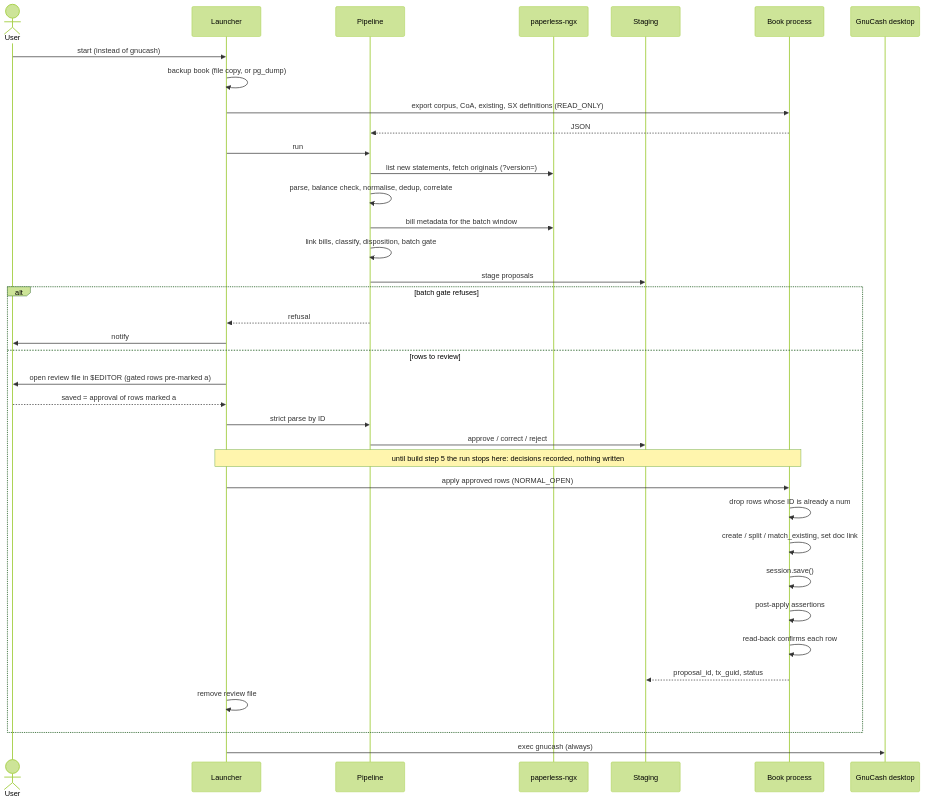
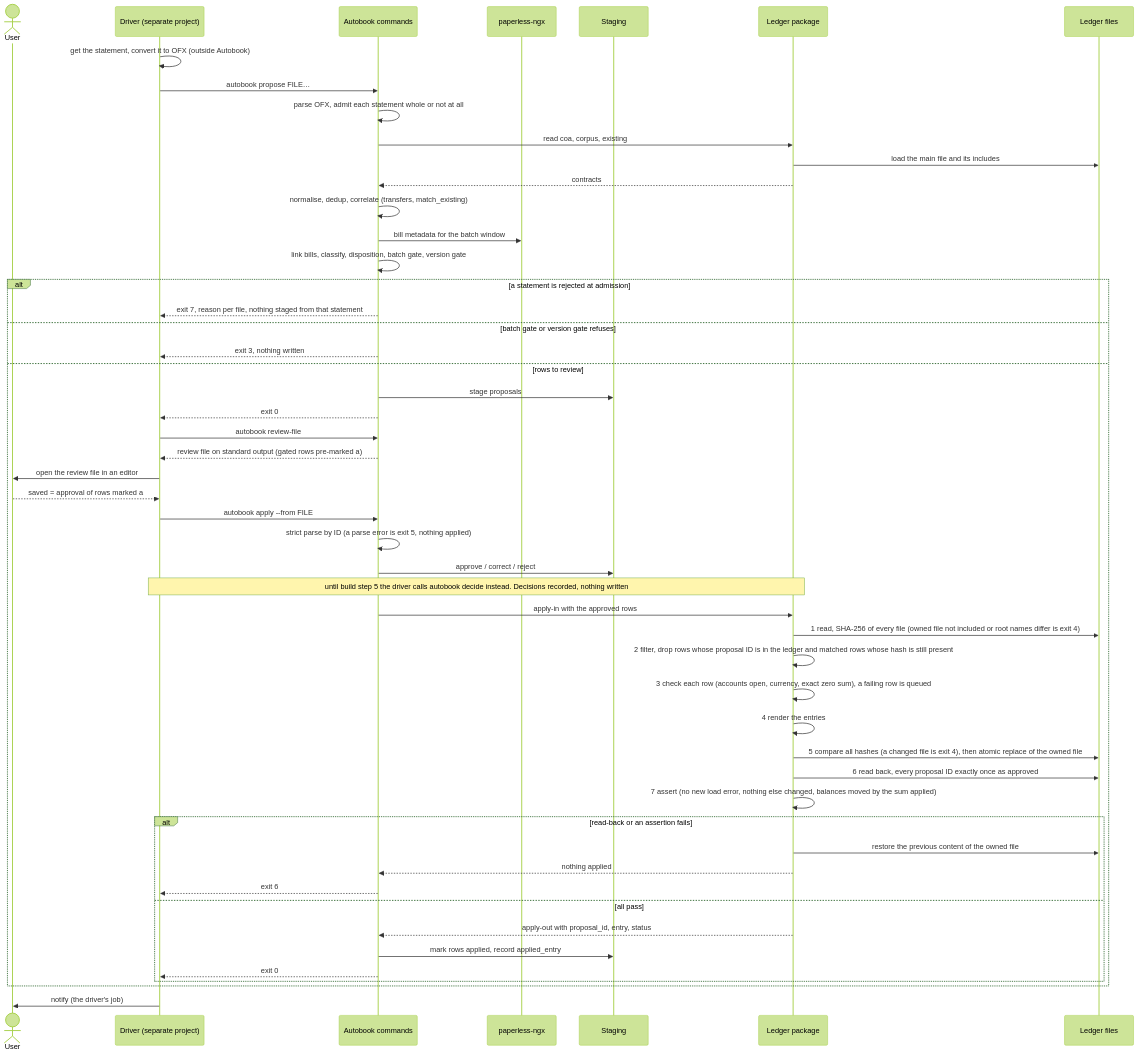
Before and after one commit to Ralphovi/autobook: the diagram in docs/design/architecture/diagrams/booking-run-sequence.mermaid, drawn with Mermaid (forest theme). The commit also changed 20 other files, not shown here.

First line of the commit message:
docs: describe the Beancount design in AGENTS.md, README and the architecture

```diff
--- a/docs/design/architecture/diagrams/booking-run-sequence.mermaid
+++ b/docs/design/architecture/diagrams/booking-run-sequence.mermaid
@@ -1,40 +1,54 @@
-%% Runtime — one interactive booking run (section 6.1)
+%% Runtime — one booking run (section 6.1)
 %% Diagrams as code. Render with any Mermaid renderer.
 sequenceDiagram
     actor U as User
-    participant L as Launcher
-    participant P as Pipeline
+    participant D as Driver (separate project)
+    participant A as Autobook commands
     participant PL as paperless-ngx
     participant S as Staging
-    participant B as Book process
-    participant G as GnuCash desktop
+    participant L as Ledger package
+    participant F as Ledger files
 
-    U->>L: start (instead of gnucash)
-    L->>L: backup book (file copy, or pg_dump)
-    L->>B: export corpus, CoA, existing, SX definitions (READ_ONLY)
-    B-->>P: JSON
-    L->>P: run
-    P->>PL: list new statements, fetch originals (?version=)
-    P->>P: parse, balance check, normalise, dedup, correlate
-    P->>PL: bill metadata for the batch window
-    P->>P: link bills, classify, disposition, batch gate
-    P->>S: stage proposals
-    alt batch gate refuses
-        P-->>L: refusal
-        L->>U: notify
+    D->>D: get the statement, convert it to OFX (outside Autobook)
+    D->>A: autobook propose FILE…
+    A->>A: parse OFX, admit each statement whole or not at all
+    A->>L: read coa, corpus, existing
+    L->>F: load the main file and its includes
+    L-->>A: contracts
+    A->>A: normalise, dedup, correlate (transfers, match_existing)
+    A->>PL: bill metadata for the batch window
+    A->>A: link bills, classify, disposition, batch gate, version gate
+    alt a statement is rejected at admission
+        A-->>D: exit 7, reason per file, nothing staged from that statement
+    else batch gate or version gate refuses
+        A-->>D: exit 3, nothing written
     else rows to review
-        L->>U: open review file in $EDITOR (gated rows pre-marked a)
-        U-->>L: saved = approval of rows marked a
-        L->>P: strict parse by ID
-        P->>S: approve / correct / reject
-        Note over L,B: until build step 5 the run stops here: decisions recorded, nothing written
-        L->>B: apply approved rows (NORMAL_OPEN)
-        B->>B: drop rows whose ID is already a num
-        B->>B: create / split / match_existing, set doc link
-        B->>B: session.save()
-        B->>B: post-apply assertions
-        B->>B: read-back confirms each row
-        B-->>S: proposal_id, tx_guid, status
-        L->>L: remove review file
+        A->>S: stage proposals
+        A-->>D: exit 0
+        D->>A: autobook review-file
+        A-->>D: review file on standard output (gated rows pre-marked a)
+        D->>U: open the review file in an editor
+        U-->>D: saved = approval of rows marked a
+        D->>A: autobook apply --from FILE
+        A->>A: strict parse by ID (a parse error is exit 5, nothing applied)
+        A->>S: approve / correct / reject
+        Note over D,L: until build step 5 the driver calls autobook decide instead. Decisions recorded, nothing written
+        A->>L: apply-in with the approved rows
+        L->>F: 1 read, SHA-256 of every file (owned file not included or root names differ is exit 4)
+        L->>L: 2 filter, drop rows whose proposal ID is in the ledger and matched rows whose hash is still present
+        L->>L: 3 check each row (accounts open, currency, exact zero sum), a failing row is queued
+        L->>L: 4 render the entries
+        L->>F: 5 compare all hashes (a changed file is exit 4), then atomic replace of the owned file
+        L->>F: 6 read back, every proposal ID exactly once as approved
+        L->>L: 7 assert (no new load error, nothing else changed, balances moved by the sum applied)
+        alt read-back or an assertion fails
+            L->>F: restore the previous content of the owned file
+            L-->>A: nothing applied
+            A-->>D: exit 6
+        else all pass
+            L-->>A: apply-out with proposal_id, entry, status
+            A->>S: mark rows applied, record applied_entry
+            A-->>D: exit 0
+        end
     end
-    L->>G: exec gnucash (always)
+    D->>U: notify (the driver's job)
```
